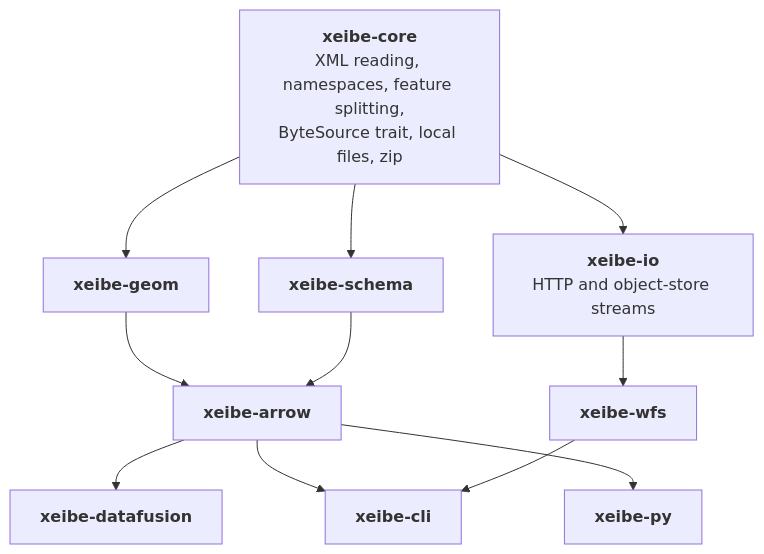
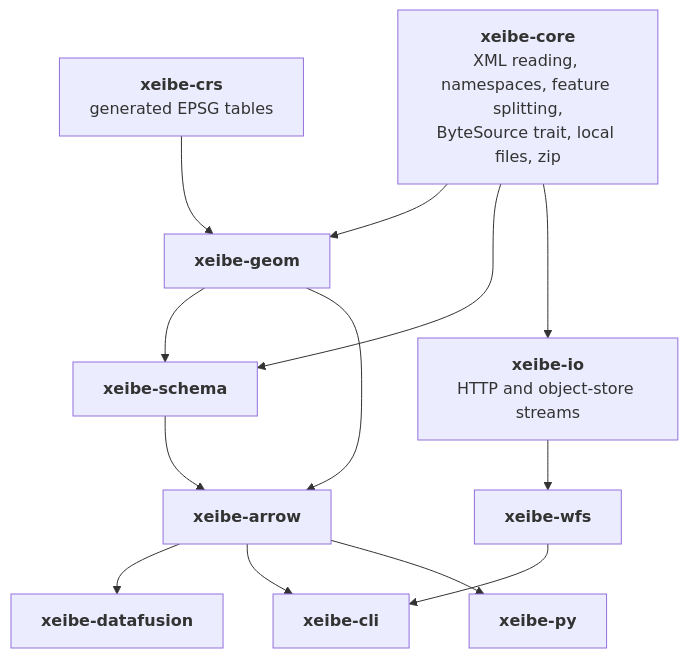
The first of 3 diagrams in docs/architecture.md (ttomasz/xeibe), drawn with Mermaid before and after one commit. The commit also changed other lines of this file and 6 other files, not shown here.

````diff
--- a/docs/architecture.md
+++ b/docs/architecture.md
@@ -189,18 +190,21 @@
 ```mermaid
 flowchart TD
     core["<b>xeibe-core</b><br/>XML reading, namespaces, feature splitting,<br/>ByteSource trait, local files, zip"]
+    crs["<b>xeibe-crs</b><br/>generated EPSG tables"]
     geom["<b>xeibe-geom</b>"]
     schema["<b>xeibe-schema</b>"]
     io["<b>xeibe-io</b><br/>HTTP and object-store streams"]
     arrow["<b>xeibe-arrow</b>"]
     wfs["<b>xeibe-wfs</b>"]
     datafusion["<b>xeibe-datafusion</b>"]
     cli["<b>xeibe-cli</b>"]
     py["<b>xeibe-py</b>"]
 
     core --> geom & schema & io
+    crs --> geom
+    geom --> schema
     geom & schema --> arrow
     io --> wfs
     arrow --> datafusion & cli & py
     wfs --> cli
 ```
````
